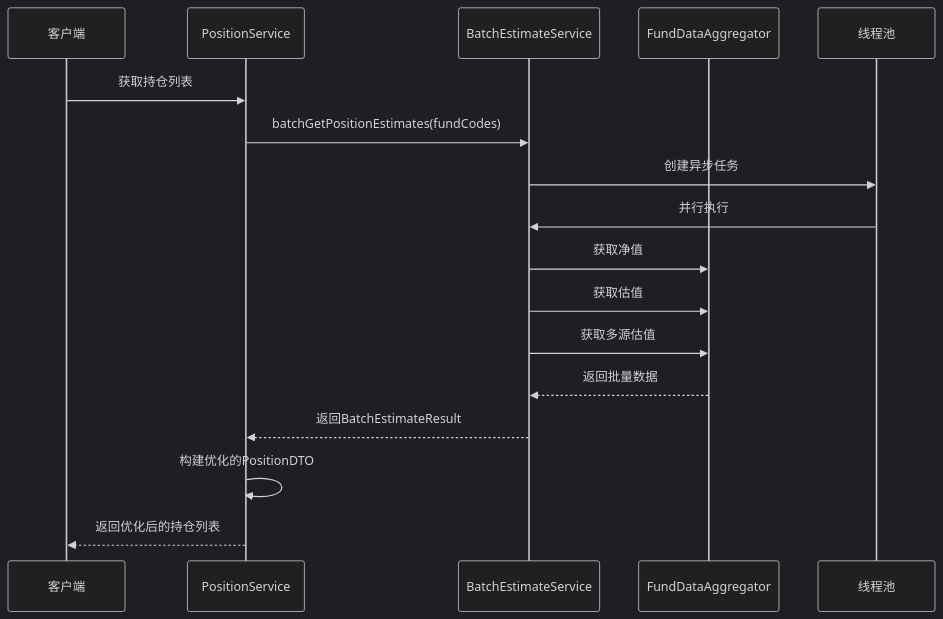
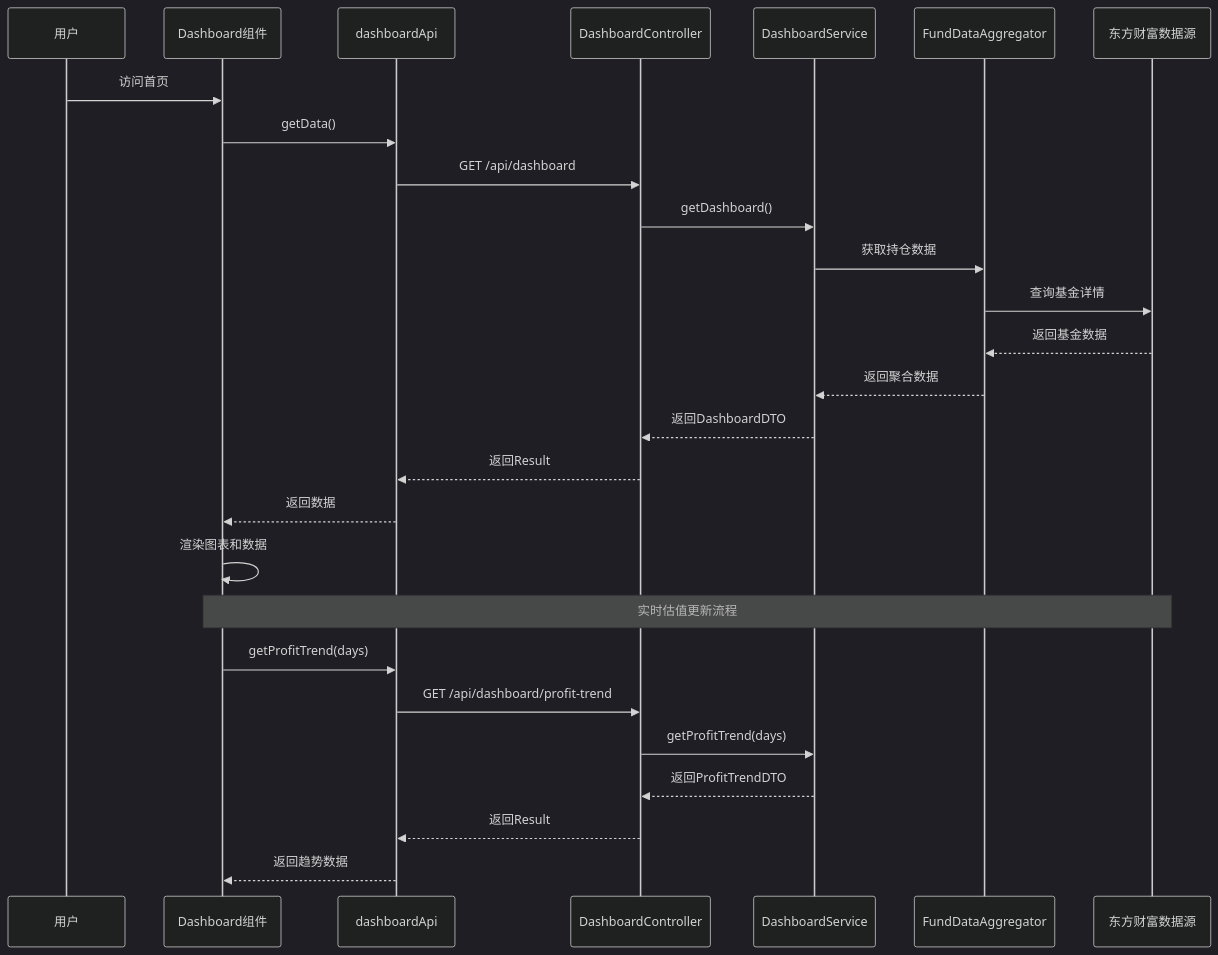
One commit to gree-coder/fund-butler changed the third of 11 diagrams in .qoder/repowiki/zh/content/核心功能开发/实时市场数据可视化.md. Above: the diagram before and after it, drawn with Mermaid (dark theme). The commit also changed other lines of this file and 21 other files, not shown here.

````diff
--- a/.qoder/repowiki/zh/content/核心功能开发/实时市场数据可视化.md
+++ b/.qoder/repowiki/zh/content/核心功能开发/实时市场数据可视化.md
@@ -177,19 +149,29 @@
 ```mermaid
 sequenceDiagram
-participant Client as 客户端
-participant Service as PositionService
-participant BatchService as BatchEstimateService
+participant User as 用户
+participant Dashboard as Dashboard组件
+participant API as dashboardApi
+participant Controller as DashboardController
+participant Service as DashboardService
 participant Aggregator as FundDataAggregator
-participant Pool as 线程池
-Client->>Service : 获取持仓列表
-Service->>BatchService : batchGetPositionEstimates(fundCodes)
-BatchService->>Pool : 创建异步任务
-Pool->>BatchService : 并行执行
-BatchService->>Aggregator : 获取净值
-BatchService->>Aggregator : 获取估值
-BatchService->>Aggregator : 获取多源估值
-Aggregator-->>BatchService : 返回批量数据
-BatchService-->>Service : 返回BatchEstimateResult
-Service->>Service : 构建优化的PositionDTO
-Service-->>Client : 返回优化后的持仓列表
+participant DataSource as 东方财富数据源
+User->>Dashboard : 访问首页
+Dashboard->>API : getData()
+API->>Controller : GET /api/dashboard
+Controller->>Service : getDashboard()
+Service->>Aggregator : 获取持仓数据
+Aggregator->>DataSource : 查询基金详情
+DataSource-->>Aggregator : 返回基金数据
+Aggregator-->>Service : 返回聚合数据
+Service-->>Controller : 返回DashboardDTO
+Controller-->>API : 返回Result
+API-->>Dashboard : 返回数据
+Dashboard->>Dashboard : 渲染图表和数据
+Note over Dashboard,DataSource : 实时估值更新流程
+Dashboard->>API : getProfitTrend(days)
+API->>Controller : GET /api/dashboard/profit-trend
+Controller->>Service : getProfitTrend(days)
+Service-->>Controller : 返回ProfitTrendDTO
+Controller-->>API : 返回Result
+API-->>Dashboard : 返回趋势数据
 ```
````
